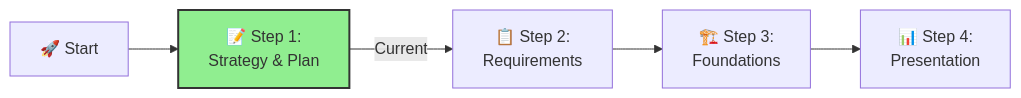
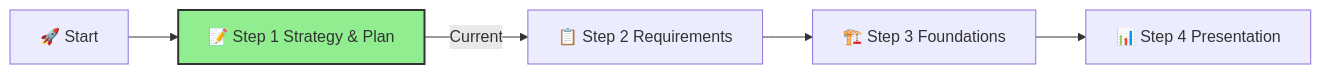
One commit to briandenicola/xlr8-e2eaisolutions changed the diagram in docs/01-aiready/ifs-ready-step1-customer.md. Above: the diagram before and after it, drawn with Mermaid. The commit also changed other lines of this file and 17 other files, not shown here.

````diff
--- a/docs/01-aiready/ifs-ready-step1-customer.md
+++ b/docs/01-aiready/ifs-ready-step1-customer.md
@@ -20,8 +24,8 @@
 ```mermaid
 flowchart LR
-    A[🚀 Start] --> B[📝 Step 1:\nStrategy & Plan]
-    B -->|Current| C[📋 Step 2:\nRequirements]
-    C --> D[🏗️ Step 3:\nFoundations]
-    D --> E[📊 Step 4:\nPresentation]
+    A[🚀 Start] --> B[📝 Step 1 Strategy & Plan]
+    B -->|Current| C[📋 Step 2 Requirements]
+    C --> D[🏗️ Step 3 Foundations]
+    D --> E[📊 Step 4 Presentation]
     style B fill:#90EE90,stroke:#333,stroke-width:2px
 ```
````
